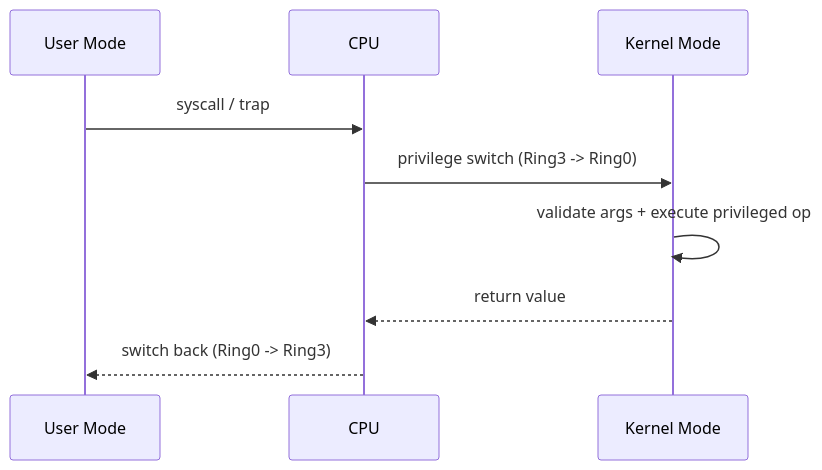
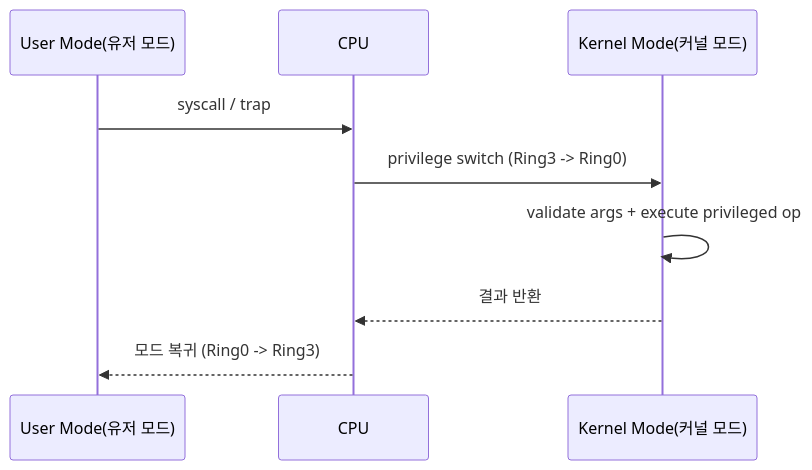
One commit to mandoobox/mandoobox.github.io changed the second of 37 diagrams in _posts/cs-note/2026-02-27-os.md. Above: the diagram before and after it, drawn with Mermaid. The commit also changed other lines of this file and 18 other files, not shown here.

````diff
--- a/_posts/cs-note/2026-02-27-os.md
+++ b/_posts/cs-note/2026-02-27-os.md
@@ -39,11 +39,11 @@
 ```mermaid
 sequenceDiagram
-  participant U as User Mode
+  participant U as User Mode(유저 모드)
   participant CPU as CPU
-  participant K as Kernel Mode
+  participant K as Kernel Mode(커널 모드)
   U->>CPU: syscall / trap
   CPU->>K: privilege switch (Ring3 -> Ring0)
   K->>K: validate args + execute privileged op
-  K-->>CPU: return value
-  CPU-->>U: switch back (Ring0 -> Ring3)
+  K-->>CPU: 결과 반환
+  CPU-->>U: 모드 복귀 (Ring0 -> Ring3)
 ```
````
